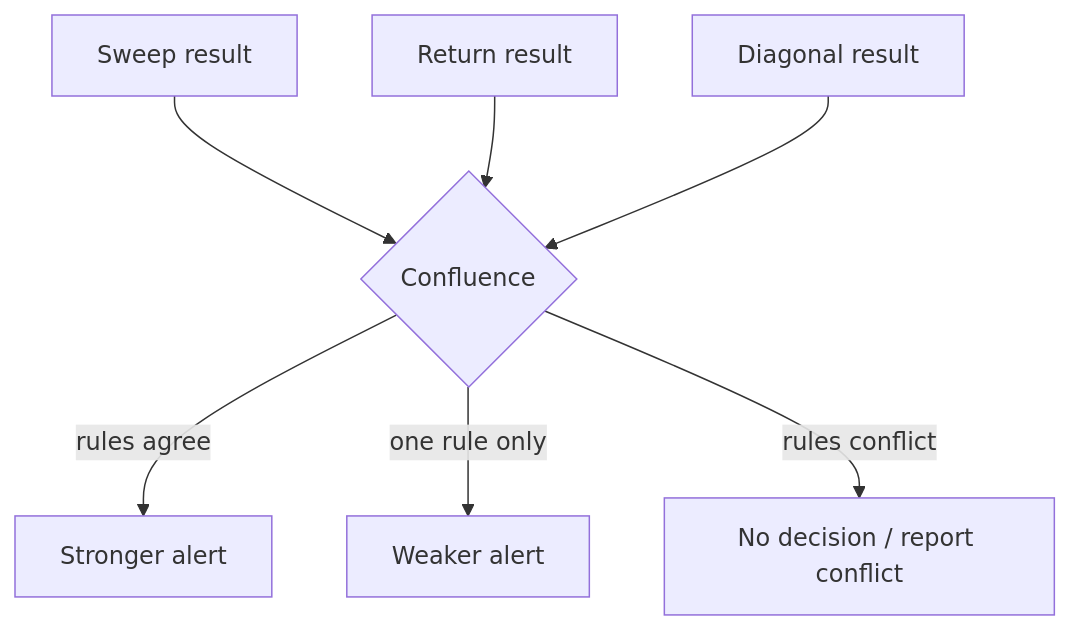
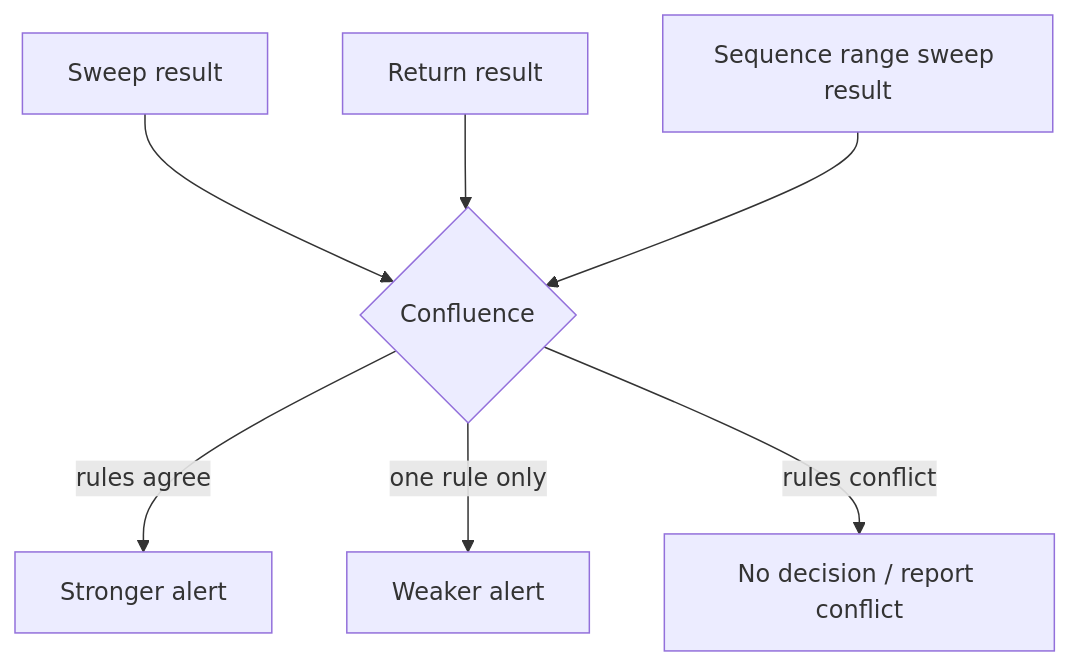
The second of 2 diagrams in documents/implementation_strategy/rules/00_rules_engine.md (parvanescu/ict-backtest-engine), drawn with Mermaid before and after one commit. The commit also changed other lines of this file and 8 other files, not shown here.

````diff
--- a/documents/implementation_strategy/rules/00_rules_engine.md
+++ b/documents/implementation_strategy/rules/00_rules_engine.md
@@ -63,9 +63,9 @@
 ```mermaid
 flowchart TD
     S[Sweep result] --> CF{Confluence}
     R[Return result] --> CF
-    D[Diagonal result] --> CF
+    D[Sequence range sweep result] --> CF
     CF -- "rules agree" --> H[Stronger alert]
     CF -- "one rule only" --> L[Weaker alert]
     CF -- "rules conflict" --> N[No decision / report conflict]
 ```
````
